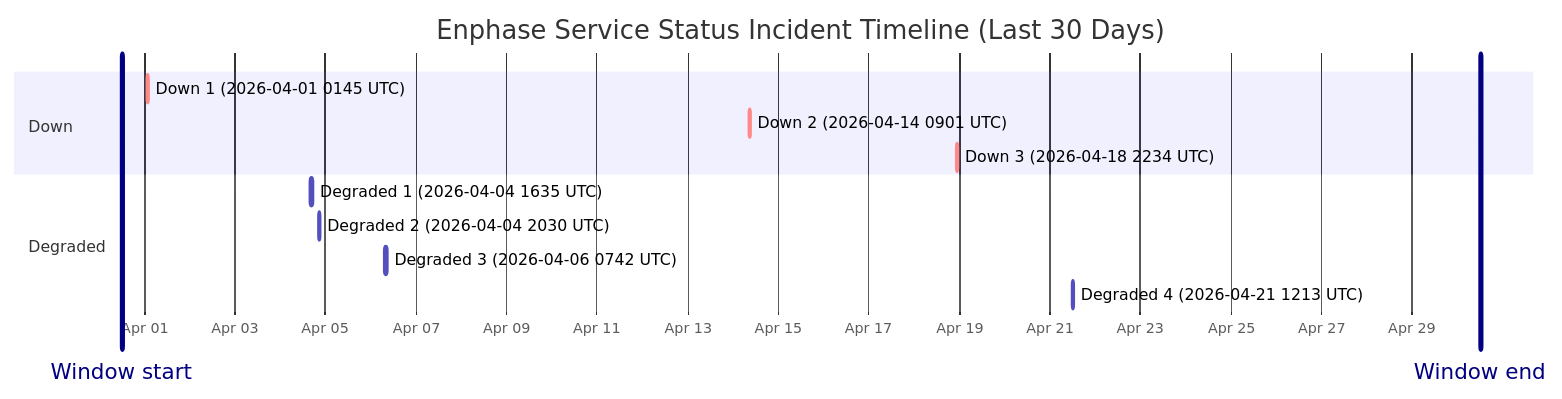
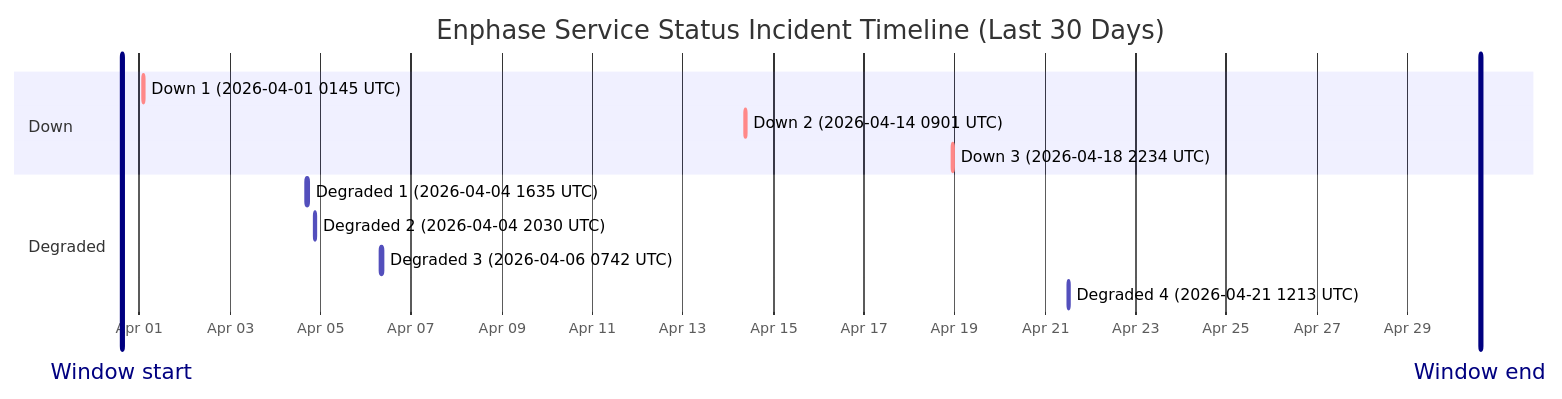
One commit to barneyonline/ha-enphase-ev-charger changed the diagram in wiki/Service-Status-History.md. Above: the diagram before and after it, drawn with Mermaid. The commit also changed other lines of this file and 3 other files, not shown here.

````diff
--- a/wiki/Service-Status-History.md
+++ b/wiki/Service-Status-History.md
@@ -14,17 +14,17 @@
 ```mermaid
 gantt
     title Enphase Service Status Incident Timeline (Last 30 Days)
     dateFormat  YYYY-MM-DDTHH:mm:ss
     axisFormat  %b %d
-    Window start :vert, window-start, 2026-03-31T12:15:00, 0ms
-    Window end :vert, window-end, 2026-04-30T12:15:00, 0ms
+    Window start :vert, window-start, 2026-03-31T14:32:23, 0ms
+    Window end :vert, window-end, 2026-04-30T14:32:23, 0ms
     section Down
     Down 1 (2026-04-01 0145 UTC) :crit, down-1, 2026-04-01T01:45:09, 60m
     Down 2 (2026-04-14 0901 UTC) :crit, down-2, 2026-04-14T09:01:13, 60m
     Down 3 (2026-04-18 2234 UTC) :crit, down-3, 2026-04-18T22:34:13, 60m
     section Degraded
     Degraded 1 (2026-04-04 1635 UTC) :active, degraded-1, 2026-04-04T16:35:17, 60m
     Degraded 2 (2026-04-04 2030 UTC) :active, degraded-2, 2026-04-04T20:30:40, 60m
     Degraded 3 (2026-04-06 0742 UTC) :active, degraded-3, 2026-04-06T07:42:09, 85m
     Degraded 4 (2026-04-21 1213 UTC) :active, degraded-4, 2026-04-21T12:13:11, 60m
 ```
````
